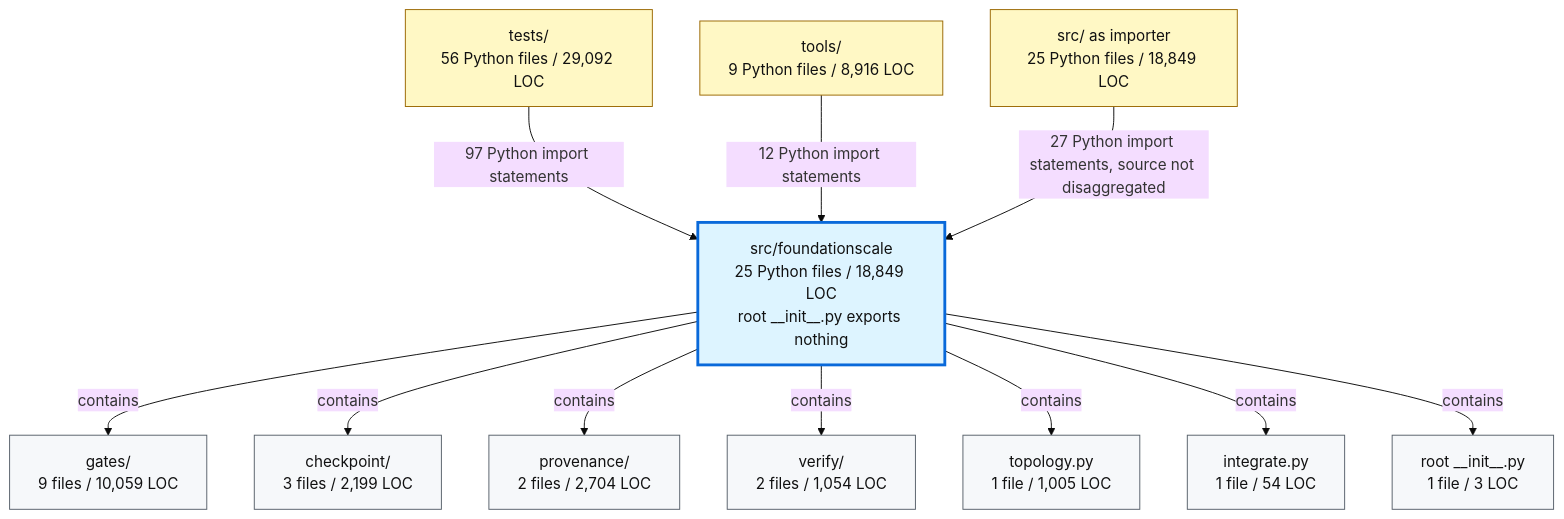
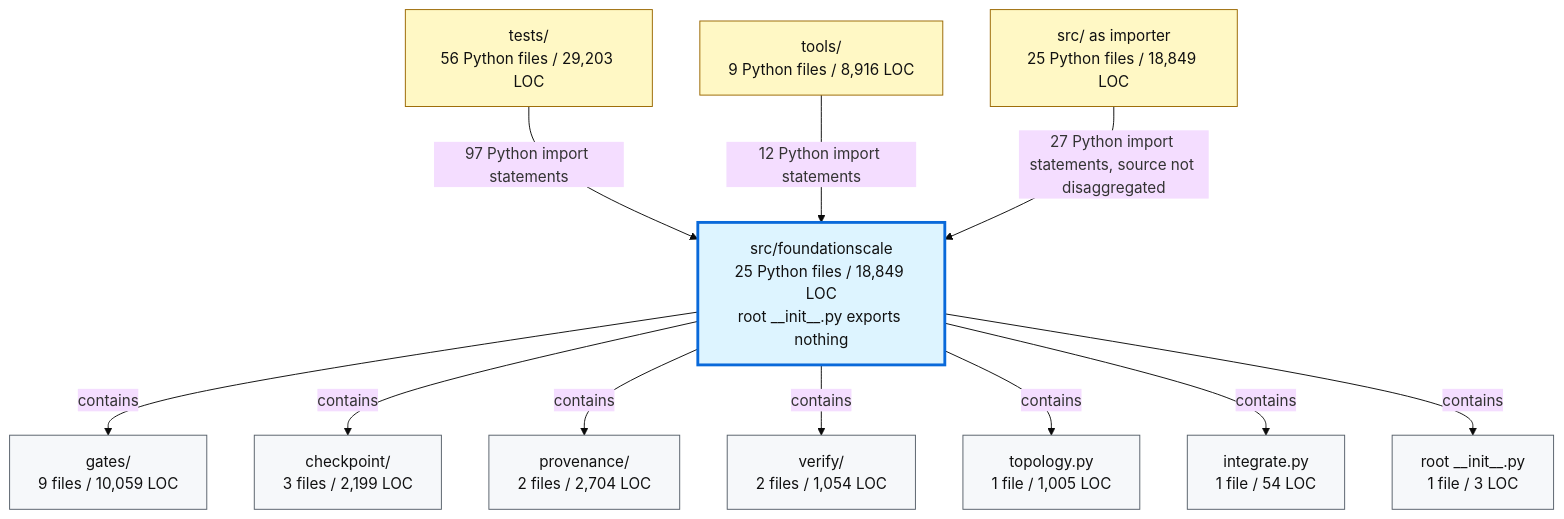
The second of 2 diagrams in docs/review/D2_current_architecture.md (TranNhiem/FoundationScale), drawn with Mermaid (base theme) before and after one commit. The commit also changed other lines of this file and 12 other files, not shown here.

````diff
--- a/docs/review/D2_current_architecture.md
+++ b/docs/review/D2_current_architecture.md
@@ -97,36 +97,36 @@
 ```mermaid
 flowchart TB
-  TESTS["tests/<br/>56 Python files / 29,092 LOC"]
+  TESTS["tests/<br/>56 Python files / 29,203 LOC"]
   TOOLS["tools/<br/>9 Python files / 8,916 LOC"]
   SRC["src/ as importer<br/>25 Python files / 18,849 LOC"]
 
   FS["src/foundationscale<br/>25 Python files / 18,849 LOC<br/>root __init__.py exports nothing"]
 
   GATES["gates/<br/>9 files / 10,059 LOC"]
   CKPT["checkpoint/<br/>3 files / 2,199 LOC"]
   PROV["provenance/<br/>2 files / 2,704 LOC"]
   VERIFY["verify/<br/>2 files / 1,054 LOC"]
   TOPO["topology.py<br/>1 file / 1,005 LOC"]
   INTEG["integrate.py<br/>1 file / 54 LOC"]
   ROOT["root __init__.py<br/>1 file / 3 LOC"]
 
   TESTS -->|"97 Python import statements"| FS
   TOOLS -->|"12 Python import statements"| FS
   SRC -->|"27 Python import statements, source not disaggregated"| FS
 
   FS -->|"contains"| GATES
   FS -->|"contains"| CKPT
   FS -->|"contains"| PROV
   FS -->|"contains"| VERIFY
   FS -->|"contains"| TOPO
   FS -->|"contains"| INTEG
   FS -->|"contains"| ROOT
 
   classDef consumer fill:#fff8c5,stroke:#9a6700,color:#111;
   classDef package fill:#ddf4ff,stroke:#0969da,stroke-width:3px,color:#111;
   classDef module fill:#f6f8fa,stroke:#57606a,color:#111;
 
   class TESTS,TOOLS,SRC consumer;
   class FS package;
   class GATES,CKPT,PROV,VERIFY,TOPO,INTEG,ROOT module;
 ```
````
